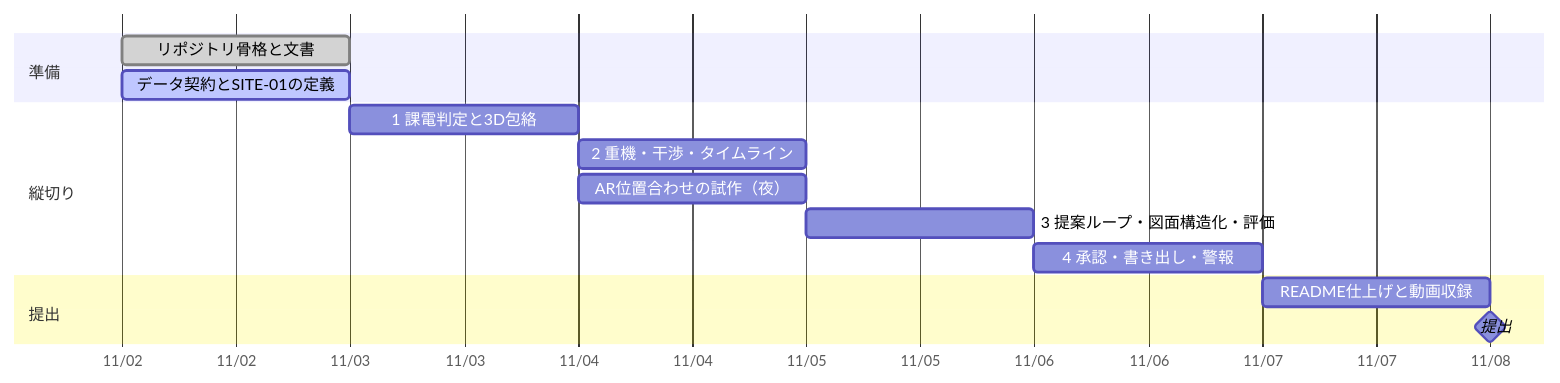
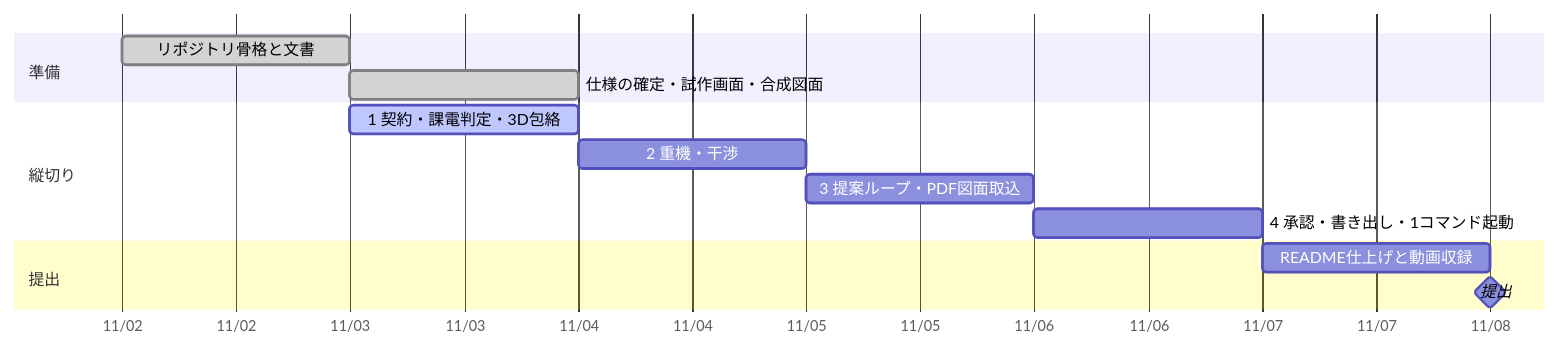
The diagram in STATUS.md (Daxion1578/Minimum-Approach-Area-Indicator), drawn with Mermaid before and after one commit. The commit also changed other lines of this file, not shown here.

First line of the commit message:
状況: 仕様確定・試作画面・合成図面まで完了。次は縦切り1（契約と課電判定の移植）

````diff
--- a/STATUS.md
+++ b/STATUS.md
@@ -3,17 +3,16 @@
 ```mermaid
 gantt
   dateFormat YYYY-MM-DD
   axisFormat %m/%d
   section 準備
   リポジトリ骨格と文書          :done,   p1, 2026-11-02, 1d
-  データ契約とSITE-01の定義      :active, p2, 2026-11-02, 1d
+  仕様の確定・試作画面・合成図面  :done,   p2, 2026-11-03, 1d
   section 縦切り
-  1 課電判定と3D包絡             :        s1, 2026-11-03, 1d
-  2 重機・干渉・タイムライン     :        s2, 2026-11-04, 1d
-  AR位置合わせの試作（夜）       :        ar, 2026-11-04, 1d
-  3 提案ループ・図面構造化・評価 :        s3, 2026-11-05, 1d
-  4 承認・書き出し・警報         :        s4, 2026-11-06, 1d
+  1 契約・課電判定・3D包絡       :active, s1, 2026-11-03, 1d
+  2 重機・干渉                   :        s2, 2026-11-04, 1d
+  3 提案ループ・PDF図面取込      :        s3, 2026-11-05, 1d
+  4 承認・書き出し・1コマンド起動 :        s4, 2026-11-06, 1d
   section 提出
   README仕上げと動画収録         :        v1, 2026-11-07, 1d
   提出                           :milestone, m1, 2026-11-08, 0d
 ```
````
